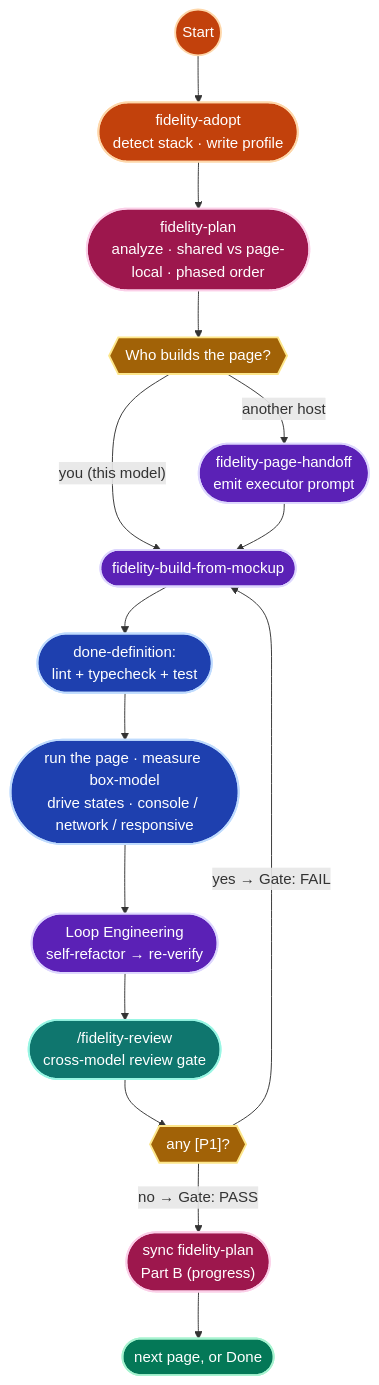
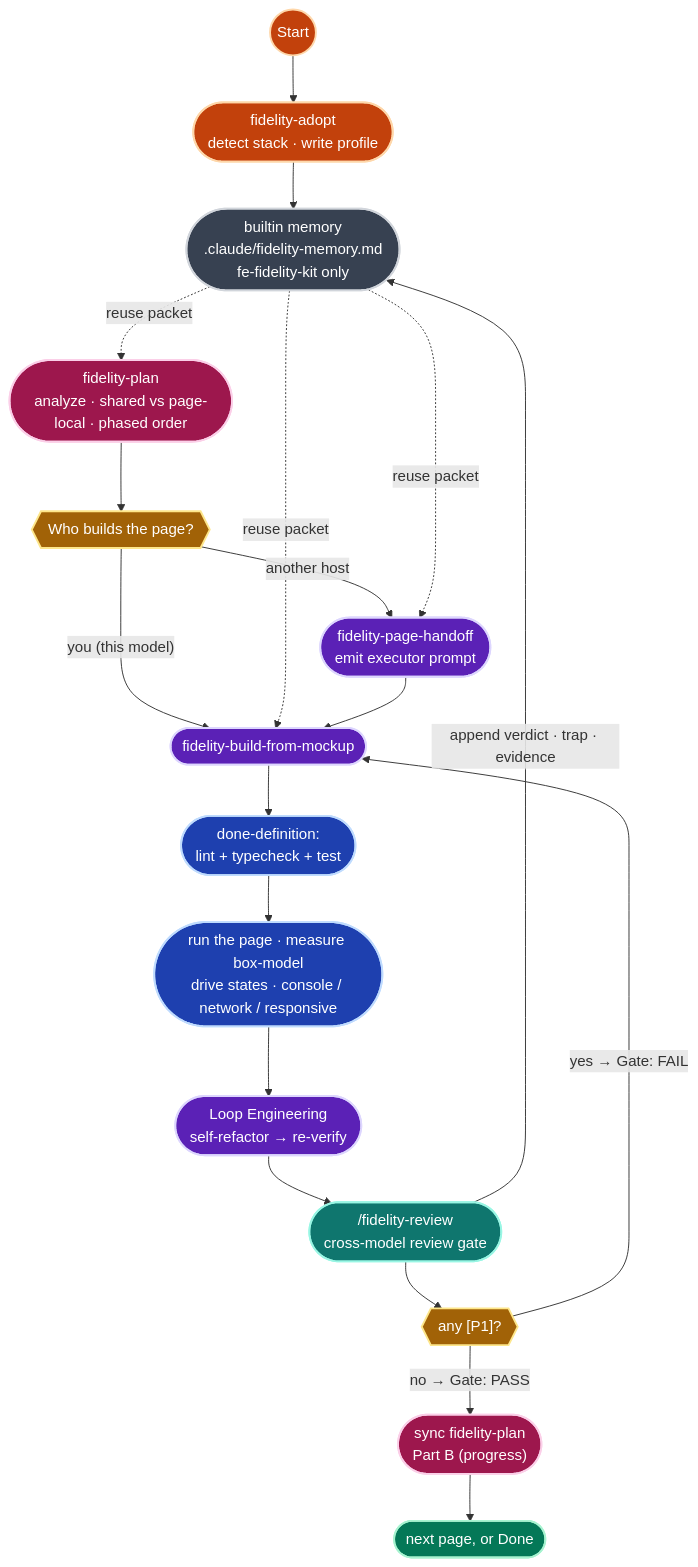
One commit to AliceDel66/fe-fidelity-kit changed the second of 3 diagrams in README.md. Above: the diagram before and after it, drawn with Mermaid. The commit also changed other lines of this file and 16 other files, not shown here.

````diff
--- a/README.md
+++ b/README.md
@@ -115,25 +121,30 @@
 ```mermaid
 flowchart TD
     classDef adopt fill:#c2410c,stroke:#fed7aa,stroke-width:2px,color:#fff
     classDef plan fill:#9d174d,stroke:#fbcfe8,stroke-width:2px,color:#fff
     classDef build fill:#5b21b6,stroke:#ddd6fe,stroke-width:2px,color:#fff
     classDef verify fill:#1e40af,stroke:#bfdbfe,stroke-width:2px,color:#fff
     classDef gate fill:#0f766e,stroke:#99f6e4,stroke-width:2px,color:#fff
+    classDef memory fill:#374151,stroke:#d1d5db,stroke-width:2px,color:#fff
     classDef decision fill:#a16207,stroke:#fde68a,stroke-width:2px,color:#fff
     classDef success fill:#047857,stroke:#a7f3d0,stroke-width:2px,color:#fff
 
     Start((Start)):::adopt --> Adopt(["fidelity-adopt<br/>detect stack · write profile"]):::adopt
-    Adopt --> Plan(["fidelity-plan<br/>analyze · shared vs page-local · phased order"]):::plan
+    Adopt --> Memory(["builtin memory<br/>.claude/fidelity-memory.md<br/>fe-fidelity-kit only"]):::memory
+    Memory -. "reuse packet" .-> Plan(["fidelity-plan<br/>analyze · shared vs page-local · phased order"]):::plan
     Plan --> Choice{{"Who builds the page?"}}:::decision
     Choice -->|"you (this model)"| Build(["fidelity-build-from-mockup"]):::build
     Choice -->|"another host"| Handoff(["fidelity-page-handoff<br/>emit executor prompt"]):::build
+    Memory -. "reuse packet" .-> Build
+    Memory -. "reuse packet" .-> Handoff
     Handoff --> Build
     Build --> Checks(["done-definition:<br/>lint + typecheck + test"]):::verify
     Checks --> Runtime(["run the page · measure box-model<br/>drive states · console / network / responsive"]):::verify
     Runtime --> Loop(["Loop Engineering<br/>self-refactor → re-verify"]):::build
     Loop --> Review(["/fidelity-review<br/>cross-model review gate"]):::gate
     Review --> Verdict{{"any [P1]?"}}:::decision
+    Review -->|"append verdict · trap · evidence"| Memory
     Verdict -->|"no → Gate: PASS"| Sync(["sync fidelity-plan<br/>Part B (progress)"]):::plan
     Sync --> Done(["next page, or Done"]):::success
     Verdict -->|"yes → Gate: FAIL"| Build
 ```
````
